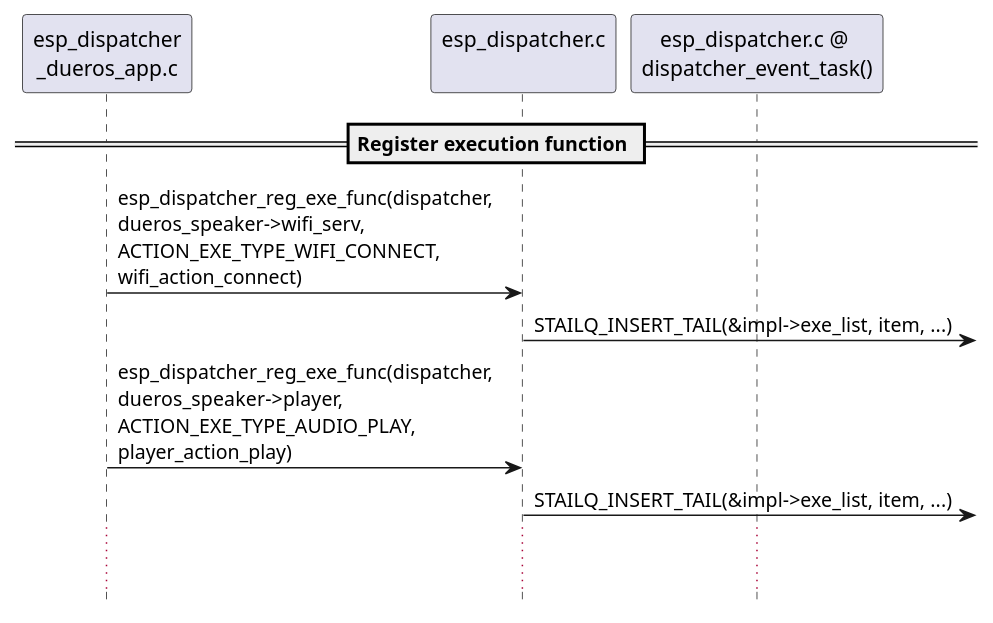
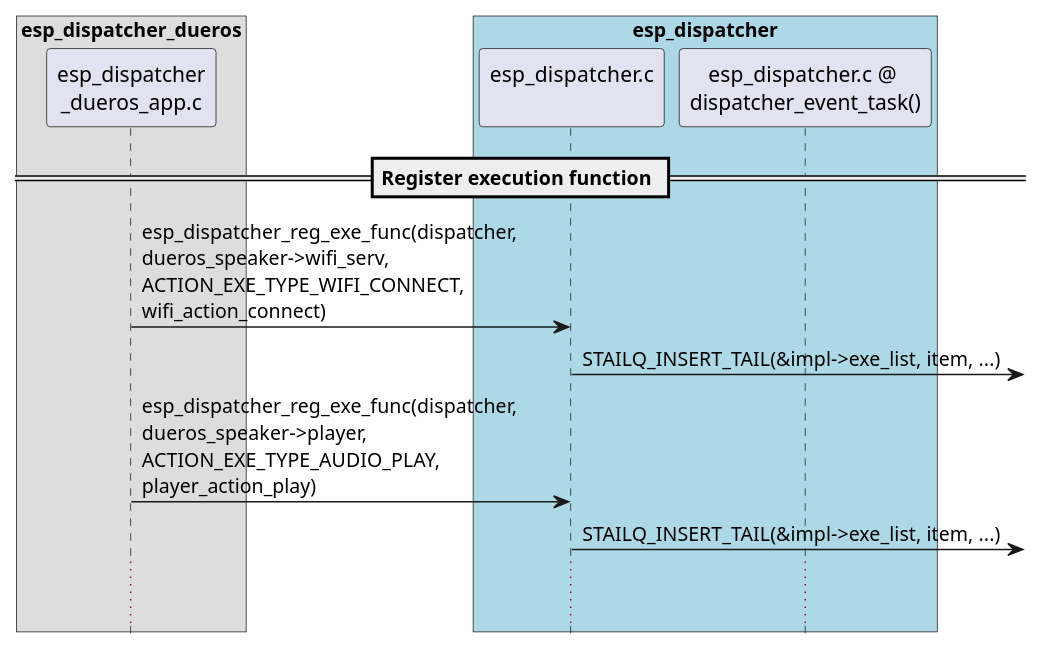
The third of 5 diagrams in docs/inside-dispatcher/esp_dispatcher.rst (liangzhu2008/learn-esp-adf), drawn with PlantUML before and after one commit. The commit also changed other lines of this file and 14 other files, not shown here.

Commit message:
用 plantweb 替换 plantuml.jar & graphviz

```diff
--- a/docs/inside-dispatcher/esp_dispatcher.rst
+++ b/docs/inside-dispatcher/esp_dispatcher.rst
@@ -90,14 +100,19 @@
 .. uml::
 
     hide footbox
 
-    participant "esp_dispatcher\n_dueros_app.c" as esp_app order 10
-    participant "esp_dispatcher.c\n" as esp_component order 50
-    participant "esp_dispatcher.c @ \ndispatcher_event_task()" as component_task order 60
+    box "esp_dispatcher_dueros"
+    participant "esp_dispatcher\n_dueros_app.c"         as example           order 10
+    end box
+
+    box "esp_dispatcher" #LightBlue
+    participant "esp_dispatcher.c\n"                    as dispatcher_comp   order 20
+    participant "esp_dispatcher.c @ \ndispatcher_event_task()" as dispatcher_task   order 30
+    end box
 
     == Register execution function ==
-    esp_app -> esp_component : esp_dispatcher_reg_exe_func(dispatcher, \ndueros_speaker->wifi_serv, \nACTION_EXE_TYPE_WIFI_CONNECT, \nwifi_action_connect)
-    esp_component ->] : STAILQ_INSERT_TAIL(&impl->exe_list, item, ...)
-    esp_app -> esp_component : esp_dispatcher_reg_exe_func(dispatcher, \ndueros_speaker->player, \nACTION_EXE_TYPE_AUDIO_PLAY, \nplayer_action_play)
-    esp_component ->] : STAILQ_INSERT_TAIL(&impl->exe_list, item, ...)
+    example -> dispatcher_comp : esp_dispatcher_reg_exe_func(dispatcher, \ndueros_speaker->wifi_serv, \nACTION_EXE_TYPE_WIFI_CONNECT, \nwifi_action_connect)
+    dispatcher_comp ->] : STAILQ_INSERT_TAIL(&impl->exe_list, item, ...)
+    example -> dispatcher_comp : esp_dispatcher_reg_exe_func(dispatcher, \ndueros_speaker->player, \nACTION_EXE_TYPE_AUDIO_PLAY, \nplayer_action_play)
+    dispatcher_comp ->] : STAILQ_INSERT_TAIL(&impl->exe_list, item, ...)
     ...  ...
```
